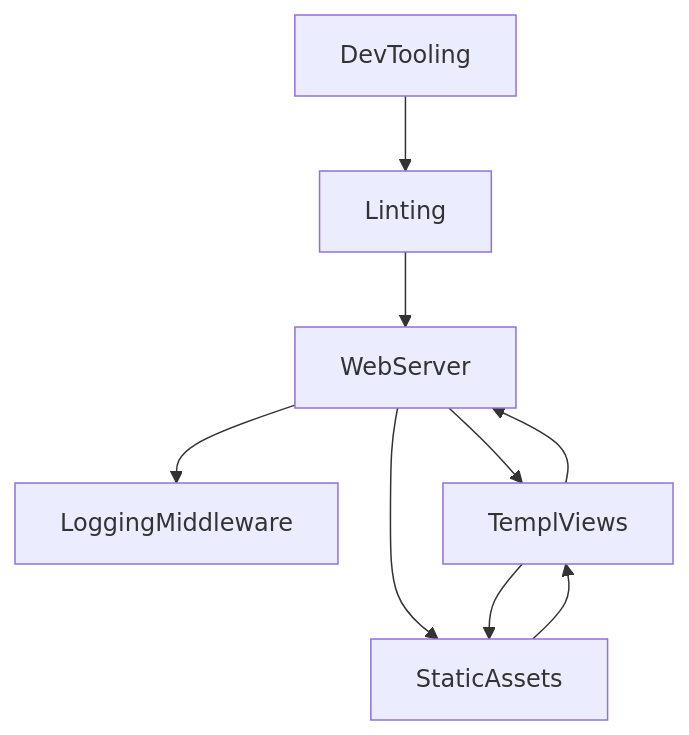
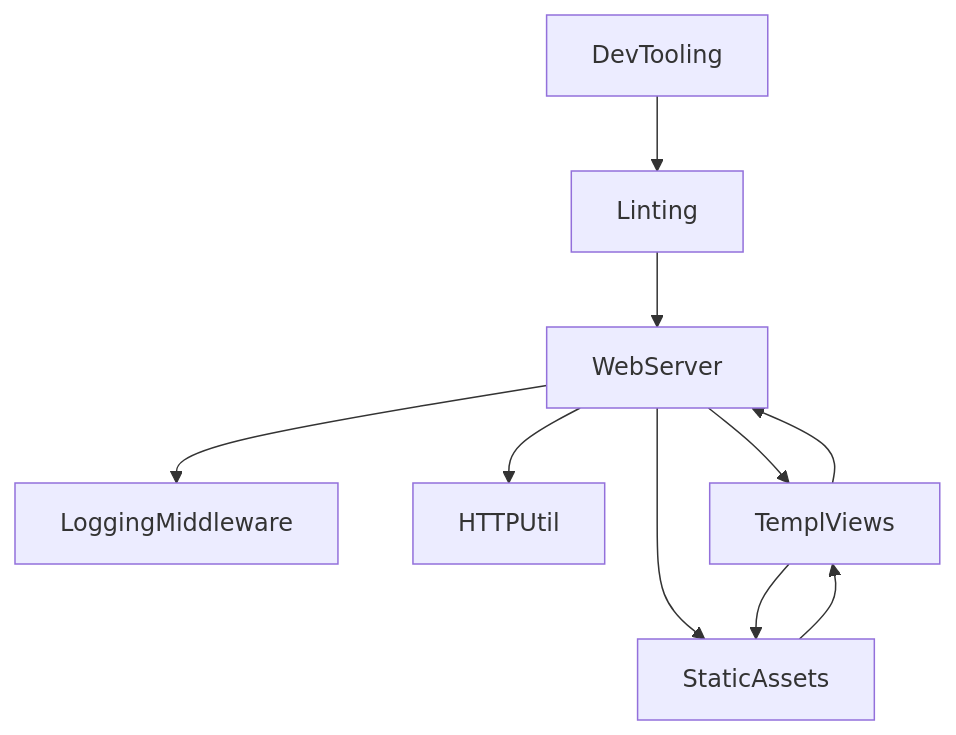
Before and after one commit to ozkansen/ozkansen.com: the second of 3 diagrams in docs/wiki/Index.md, drawn with Mermaid. The commit also changed other lines of this file and 6 other files, not shown here.

````diff
--- a/docs/wiki/Index.md
+++ b/docs/wiki/Index.md
@@ -52,11 +55,12 @@
 ```mermaid
 graph TD
     WebServer --> LoggingMiddleware
+    WebServer --> HTTPUtil
     WebServer --> TemplViews
     WebServer --> StaticAssets
     TemplViews --> StaticAssets
     TemplViews --> WebServer
     StaticAssets --> TemplViews
     DevTooling --> Linting
     Linting --> WebServer
 ```
````
